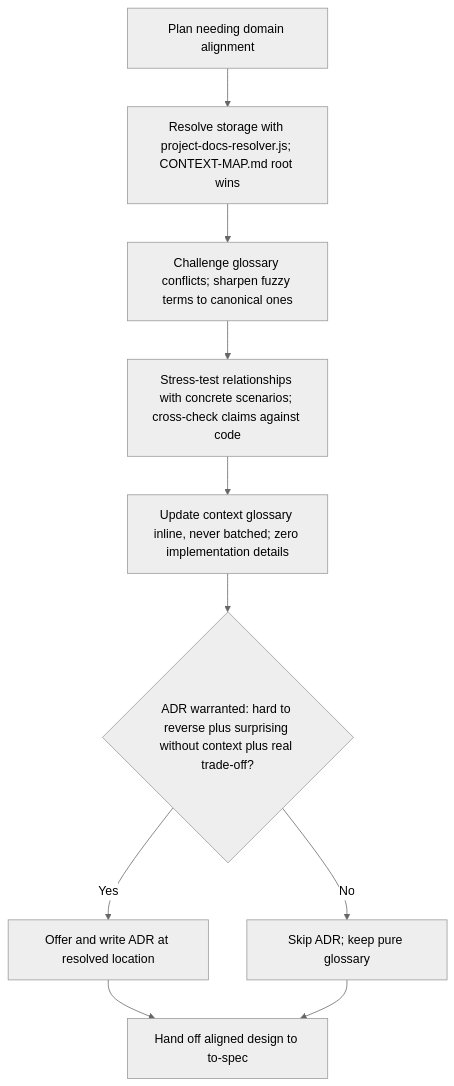
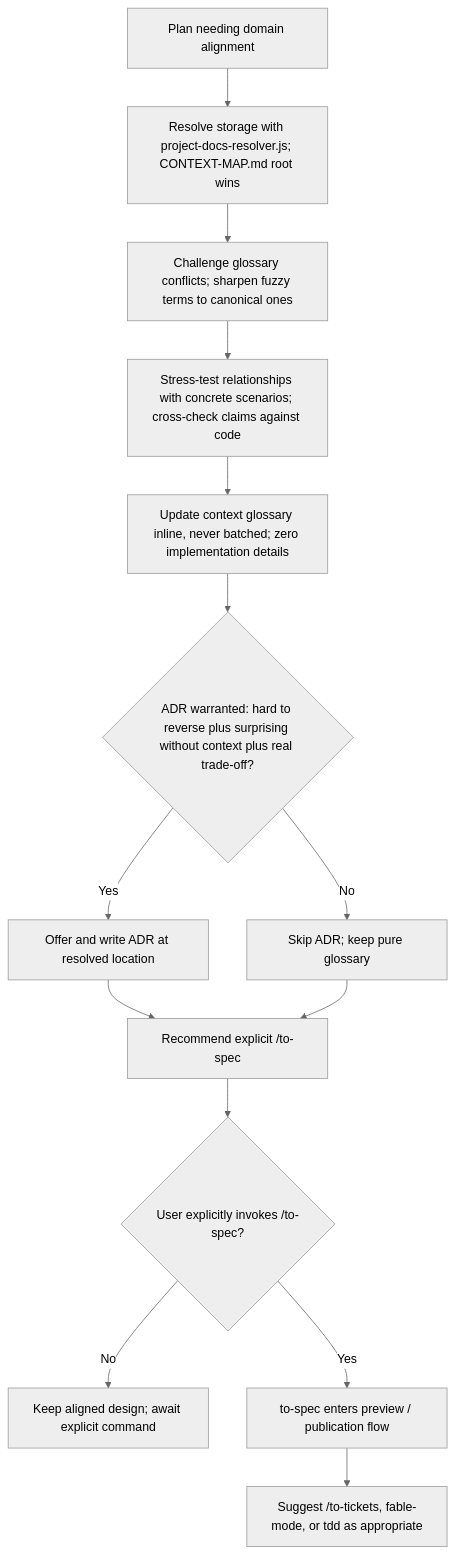
Before and after one commit to dyphn1/Harness-everything: the first of 3 diagrams in docs/workflows/grill-with-docs.md, drawn with Mermaid (neutral theme). The commit also changed other lines of this file, not shown here.

Commit message:
docs(grill): gate aligned handoff on explicit invocation

````diff
--- a/docs/workflows/grill-with-docs.md
+++ b/docs/workflows/grill-with-docs.md
@@ -9,12 +9,16 @@
 ```mermaid
 graph TD
   PlanInput["Plan needing domain alignment"] --> ResolveStorage["Resolve storage with project-docs-resolver.js; CONTEXT-MAP.md root wins"]
   ResolveStorage --> ChallengeTerms["Challenge glossary conflicts; sharpen fuzzy terms to canonical ones"]
   ChallengeTerms --> ScenarioTest["Stress-test relationships with concrete scenarios; cross-check claims against code"]
   ScenarioTest --> InlineUpdate["Update context glossary inline, never batched; zero implementation details"]
   InlineUpdate --> ADRGate{"ADR warranted: hard to reverse plus surprising without context plus real trade-off?"}
   ADRGate -->|Yes| WriteADR["Offer and write ADR at resolved location"]
   ADRGate -->|No| SkipADR["Skip ADR; keep pure glossary"]
-  WriteADR --> Handoff["Hand off aligned design to to-spec"]
-  SkipADR --> Handoff
+  WriteADR --> SuggestSpec["Recommend explicit /to-spec"]
+  SkipADR --> SuggestSpec
+  SuggestSpec --> InvokeSpec{"User explicitly invokes /to-spec?"}
+  InvokeSpec -->|No| Await["Keep aligned design; await explicit command"]
+  InvokeSpec -->|Yes| ToSpec["to-spec enters preview / publication flow"]
+  ToSpec --> SuggestExec["Suggest /to-tickets, fable-mode, or tdd as appropriate"]
 ```
````
